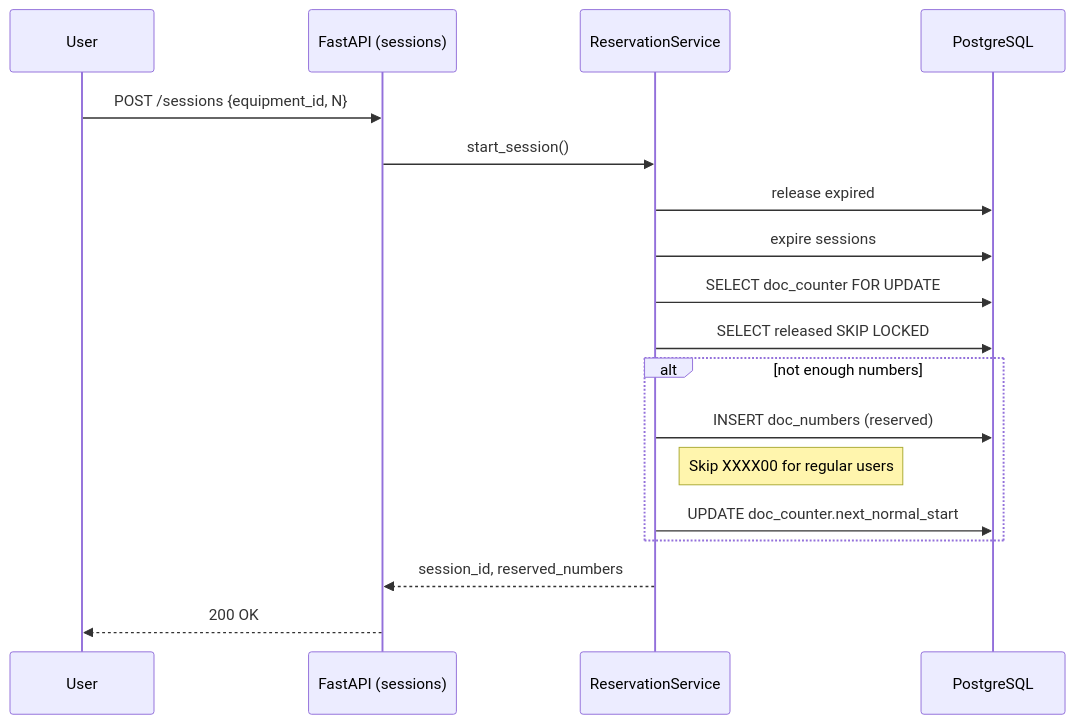
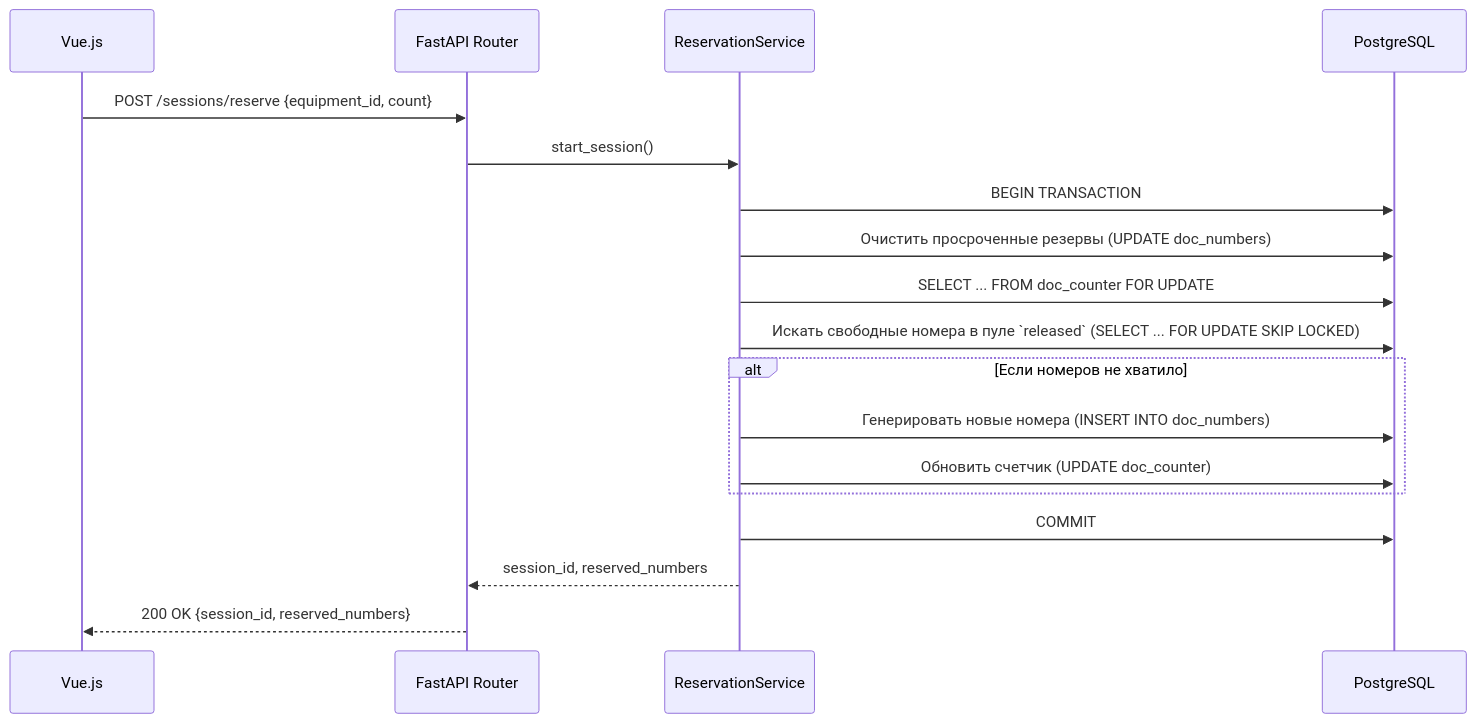
The diagram in architecture.md (LevShlyogin/Number_registration_log), drawn with Mermaid before and after one commit. The commit also changed other lines of this file and 4 other files, not shown here.

````diff
--- a/architecture.md
+++ b/architecture.md
@@ -132,21 +76,21 @@
 ```mermaid
 sequenceDiagram
-  participant U as User
-  participant API as FastAPI (sessions)
-  participant S as ReservationService
-  participant DB as PostgreSQL
+    participant Frontend as Vue.js
+    participant API as FastAPI Router
+    participant Service as ReservationService
+    participant DB as PostgreSQL
 
-  U->>API: POST /sessions {equipment_id, N}
-  API->>S: start_session()
-  S->>DB: release expired
-  S->>DB: expire sessions
-  S->>DB: SELECT doc_counter FOR UPDATE
-  S->>DB: SELECT released SKIP LOCKED
-  alt not enough numbers
-    S->>DB: INSERT doc_numbers (reserved)
-    Note right of S: Skip ХХХХ00 for regular users
-    S->>DB: UPDATE doc_counter.next_normal_start
-  end
-  S-->>API: session_id, reserved_numbers
-  API-->>U: 200 OK
+    Frontend->>API: POST /sessions/reserve {equipment_id, count}
+    API->>Service: start_session()
+    Service->>DB: BEGIN TRANSACTION
+    Service->>DB: Очистить просроченные резервы (UPDATE doc_numbers)
+    Service->>DB: SELECT ... FROM doc_counter FOR UPDATE
+    Service->>DB: Искать свободные номера в пуле `released` (SELECT ... FOR UPDATE SKIP LOCKED)
+    alt Если номеров не хватило
+        Service->>DB: Генерировать новые номера (INSERT INTO doc_numbers)
+        Service->>DB: Обновить счетчик (UPDATE doc_counter)
+    end
+    Service->>DB: COMMIT
+    Service-->>API: session_id, reserved_numbers
+    API-->>Frontend: 200 OK {session_id, reserved_numbers}
 ```
````
